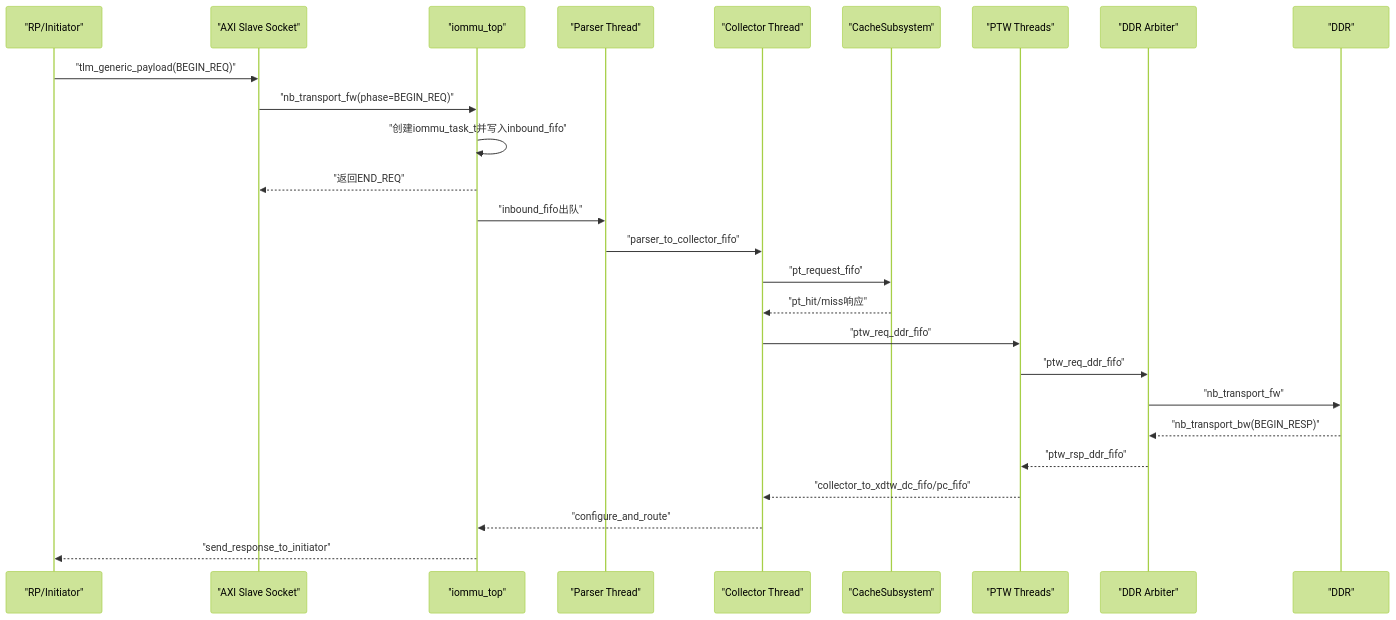
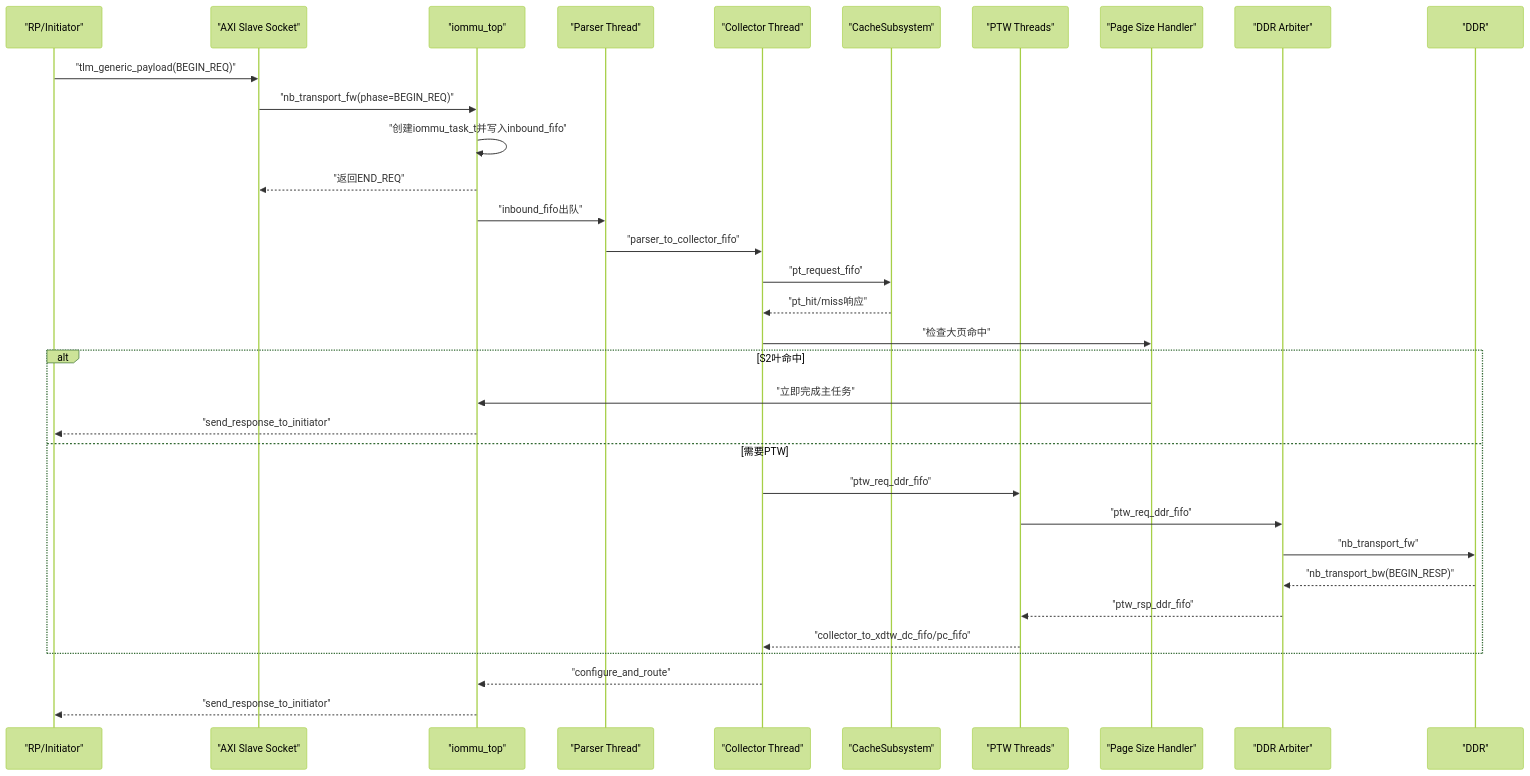
Before and after one commit to jiangjiang1122/iommu_model_20260401_v1: the second of 7 diagrams in .qoder/repowiki/zh/content/核心架构/顶层模块设计.md, drawn with Mermaid (forest theme). The commit also changed other lines of this file and 186 other files, not shown here.

````diff
--- a/.qoder/repowiki/zh/content/核心架构/顶层模块设计.md
+++ b/.qoder/repowiki/zh/content/核心架构/顶层模块设计.md
@@ -123,28 +125,35 @@
 ```mermaid
 sequenceDiagram
 participant RP as "RP/Initiator"
 participant SL as "AXI Slave Socket"
 participant TOP as "iommu_top"
 participant PARSER as "Parser Thread"
 participant COL as "Collector Thread"
 participant CS as "CacheSubsystem"
 participant PTW as "PTW Threads"
+participant PAGE as "Page Size Handler"
 participant ARB as "DDR Arbiter"
 participant DDRI as "DDR"
 RP->>SL : "tlm_generic_payload(BEGIN_REQ)"
 SL->>TOP : "nb_transport_fw(phase=BEGIN_REQ)"
 TOP->>TOP : "创建iommu_task_t并写入inbound_fifo"
 TOP-->>SL : "返回END_REQ"
 TOP->>PARSER : "inbound_fifo出队"
 PARSER->>COL : "parser_to_collector_fifo"
 COL->>CS : "pt_request_fifo"
 CS-->>COL : "pt_hit/miss响应"
+COL->>PAGE : "检查大页命中"
+alt S2叶命中
+PAGE->>TOP : "立即完成主任务"
+TOP-->>RP : "send_response_to_initiator"
+else 需要PTW
 COL->>PTW : "ptw_req_ddr_fifo"
 PTW->>ARB : "ptw_req_ddr_fifo"
 ARB->>DDRI : "nb_transport_fw"
 DDRI-->>ARB : "nb_transport_bw(BEGIN_RESP)"
 ARB-->>PTW : "ptw_rsp_ddr_fifo"
 PTW-->>COL : "collector_to_xdtw_dc_fifo/pc_fifo"
+end
 COL-->>TOP : "configure_and_route"
 TOP-->>RP : "send_response_to_initiator"
 ```
````
